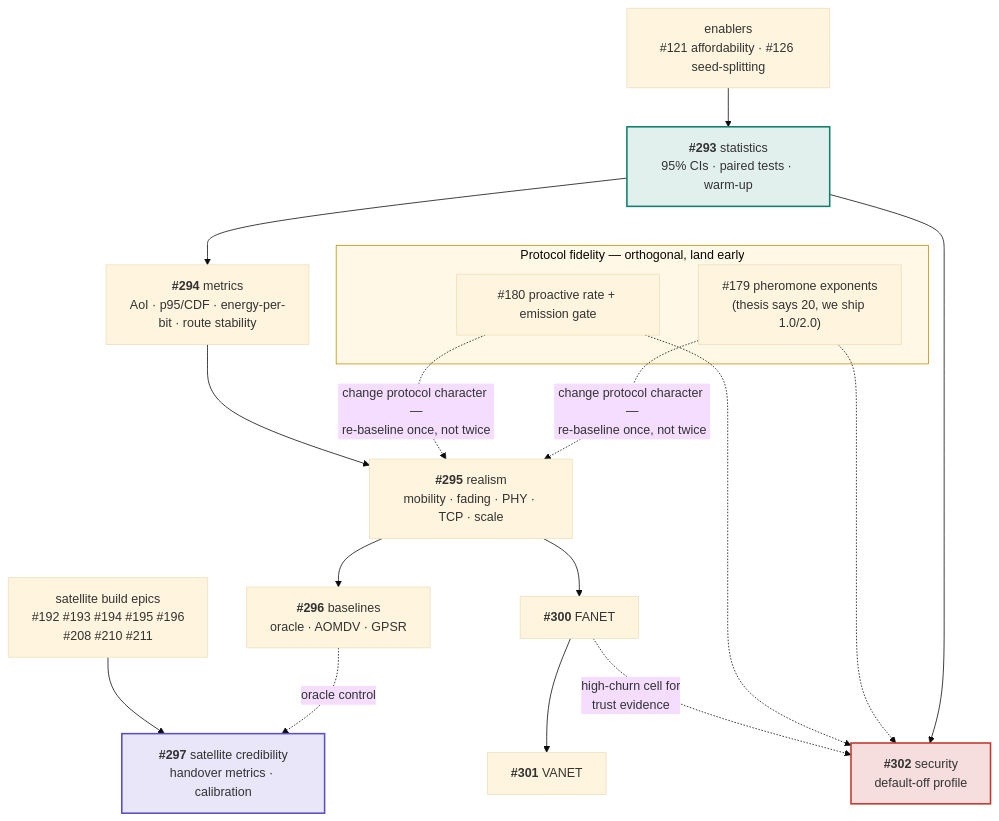
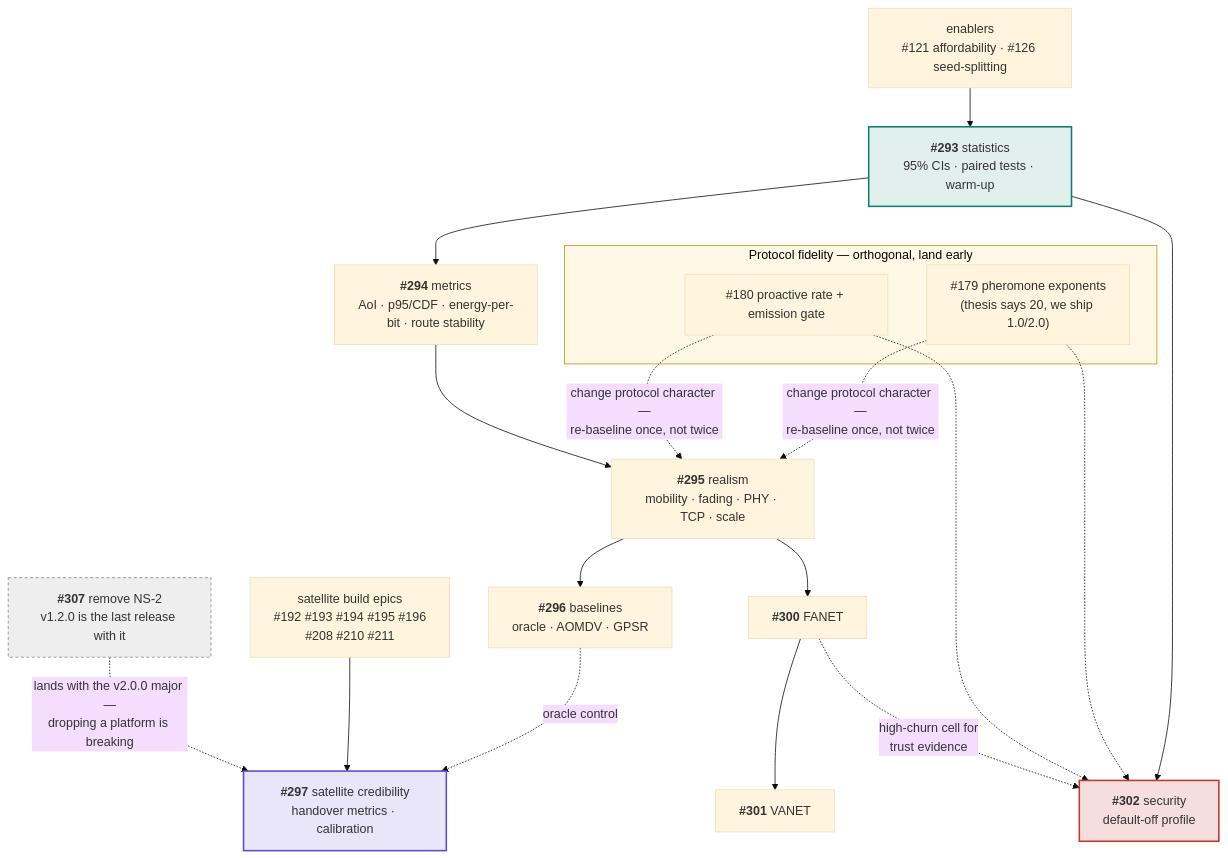
Before and after one commit to danieljoppi/AntHocNet: the second of 2 diagrams in docs/roadmap.md, drawn with Mermaid (base theme). The commit also changed other lines of this file and 4 other files, not shown here.

````diff
--- a/docs/roadmap.md
+++ b/docs/roadmap.md
@@ -37,34 +37,37 @@
 ```mermaid
 flowchart TB
     subgraph FID["Protocol fidelity — orthogonal, land early"]
         F179["#179 pheromone exponents<br/>(thesis says 20, we ship 1.0/2.0)"]
         F180["#180 proactive rate + emission gate"]
     end
 
     E293["<b>#293</b> statistics<br/>95% CIs · paired tests · warm-up"]
     E294["<b>#294</b> metrics<br/>AoI · p95/CDF · energy-per-bit · route stability"]
     E295["<b>#295</b> realism<br/>mobility · fading · PHY · TCP · scale"]
     E296["<b>#296</b> baselines<br/>oracle · AOMDV · GPSR"]
     E300["<b>#300</b> FANET"]
     E301["<b>#301</b> VANET"]
     E297["<b>#297</b> satellite credibility<br/>handover metrics · calibration"]
     E302["<b>#302</b> security<br/>default-off profile"]
+    E307["<b>#307</b> remove NS-2<br/>v1.2.0 is the last release with it"]
 
     SATBUILD["satellite build epics<br/>#192 #193 #194 #195 #196<br/>#208 #210 #211"]
     ENABLE["enablers<br/>#121 affordability · #126 seed-splitting"]
 
     ENABLE --> E293
     F179 & F180 -.->|"change protocol character —<br/>re-baseline once, not twice"| E295
     E293 --> E294 --> E295 --> E296
     E295 --> E300 --> E301
     E296 -.->|"oracle control"| E297
     SATBUILD --> E297
     E293 --> E302
     F179 & F180 -.-> E302
+    E307 -.->|"lands with the v2.0.0 major —<br/>dropping a platform is breaking"| E297
     E300 -.->|"high-churn cell for<br/>trust evidence"| E302
 
     style E293 fill:#e2f0ed,stroke:#0f7f70,stroke-width:2px
     style E297 fill:#e8e6f8,stroke:#5b4fc4,stroke-width:2px
     style E302 fill:#f6dede,stroke:#c0392b,stroke-width:2px
+    style E307 fill:#eee,stroke:#888,stroke-dasharray:4 3
     style FID fill:#fff8e6,stroke:#c48f00
 ```
````
